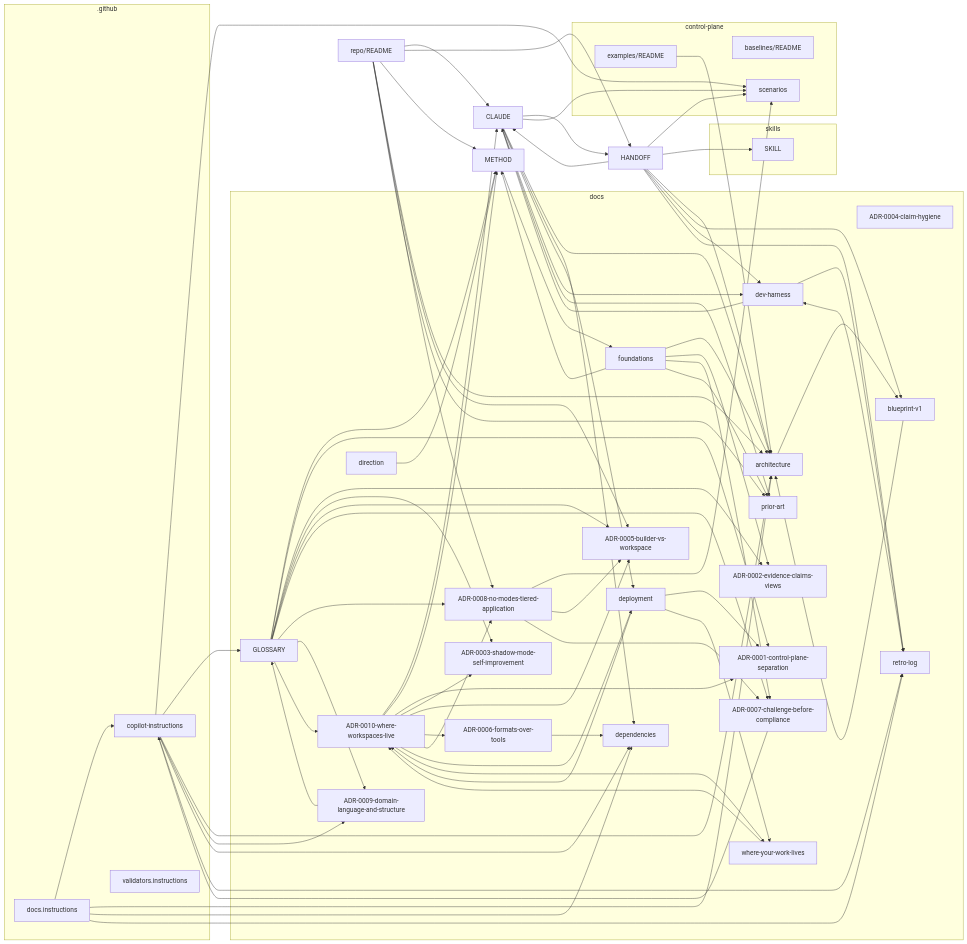
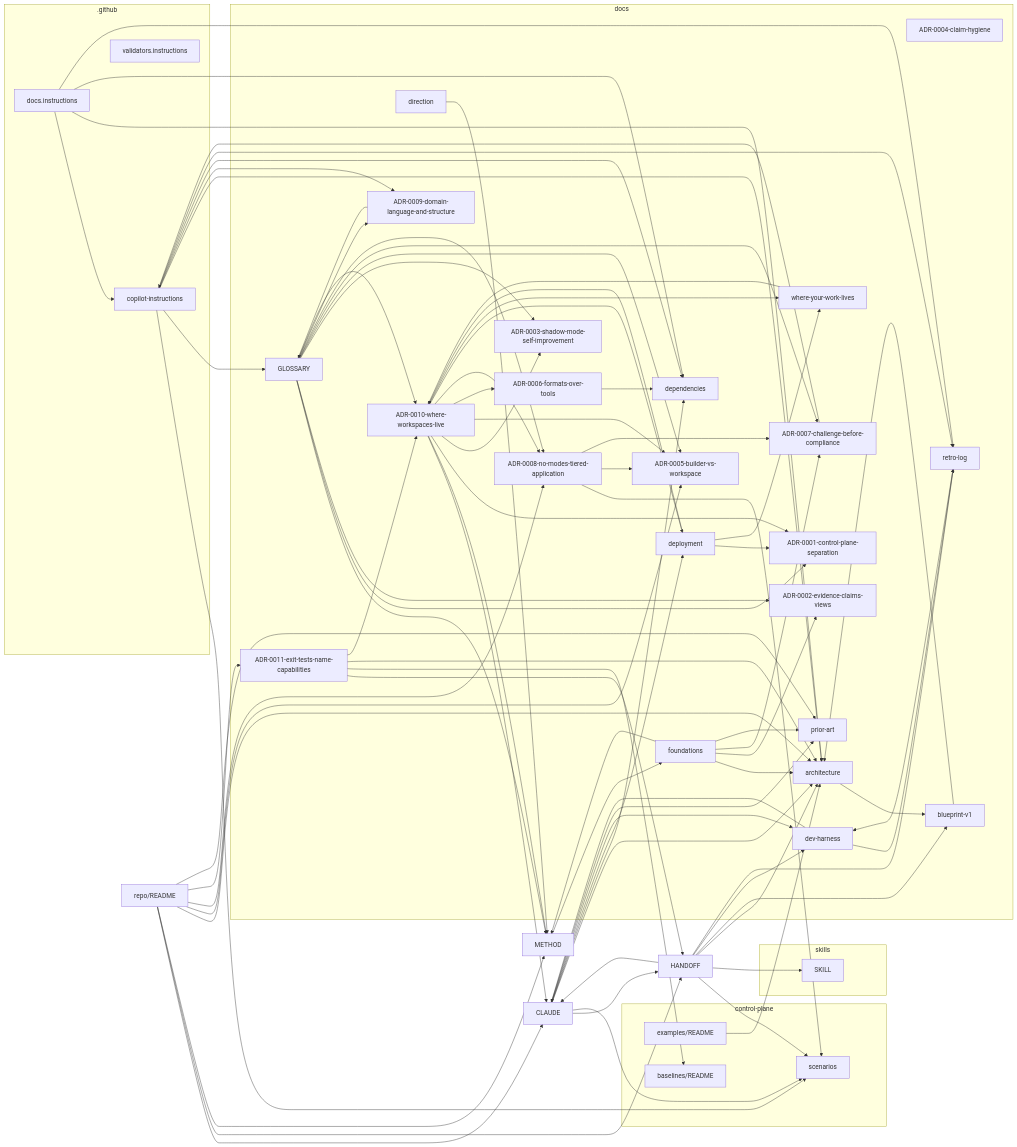
One commit to boulaajaj/ai-mise changed the diagram in docs/mindmap.md. Above: the diagram before and after it, drawn with Mermaid. The commit also changed other lines of this file and 6 other files, not shown here.

```diff
--- a/docs/mindmap.md
+++ b/docs/mindmap.md
@@ -29,6 +29,7 @@
     docs_decisions_ADR_0008_no_modes_tiered_application_md["ADR-0008-no-modes-tiered-application"]
     docs_decisions_ADR_0009_domain_language_and_structure_md["ADR-0009-domain-language-and-structure"]
     docs_decisions_ADR_0010_where_workspaces_live_md["ADR-0010-where-workspaces-live"]
+    docs_decisions_ADR_0011_exit_tests_name_capabilities_md["ADR-0011-exit-tests-name-capabilities"]
     docs_dependencies_md["dependencies"]
     docs_deployment_md["deployment"]
     docs_foundations_md["foundations"]
@@ -77,6 +78,7 @@
   README_md --> docs_architecture_md
   README_md --> docs_decisions_ADR_0005_builder_vs_workspace_md
   README_md --> docs_decisions_ADR_0008_no_modes_tiered_application_md
+  README_md --> docs_decisions_ADR_0011_exit_tests_name_capabilities_md
   README_md --> docs_prior_art_md
   control_plane_approval_examples_README_md --> docs_architecture_md
   docs_GLOSSARY_md --> METHOD_md
@@ -104,6 +106,10 @@
   docs_decisions_ADR_0010_where_workspaces_live_md --> docs_decisions_ADR_0008_no_modes_tiered_application_md
   docs_decisions_ADR_0010_where_workspaces_live_md --> docs_deployment_md
   docs_decisions_ADR_0010_where_workspaces_live_md --> docs_where_your_work_lives_md
+  docs_decisions_ADR_0011_exit_tests_name_capabilities_md --> HANDOFF_md
+  docs_decisions_ADR_0011_exit_tests_name_capabilities_md --> control_plane_evaluation_baselines_README_md
+  docs_decisions_ADR_0011_exit_tests_name_capabilities_md --> docs_architecture_md
+  docs_decisions_ADR_0011_exit_tests_name_capabilities_md --> docs_decisions_ADR_0010_where_workspaces_live_md
   docs_deployment_md --> docs_decisions_ADR_0001_control_plane_separation_md
   docs_deployment_md --> docs_decisions_ADR_0010_where_workspaces_live_md
   docs_deployment_md --> docs_where_your_work_lives_md
```
